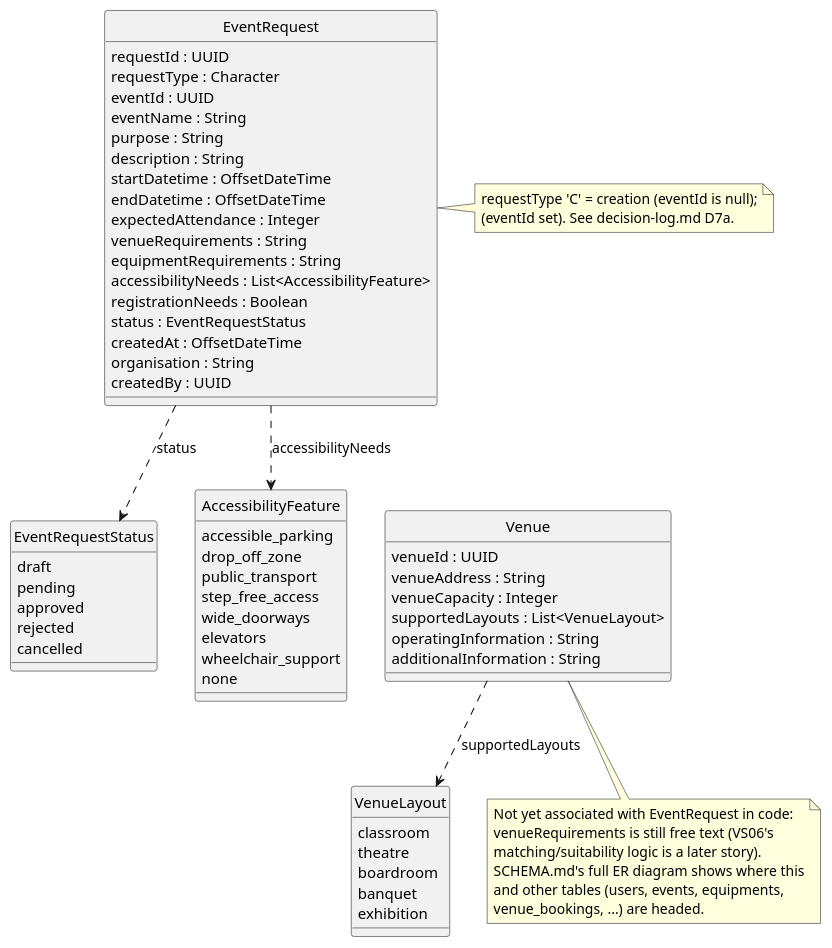
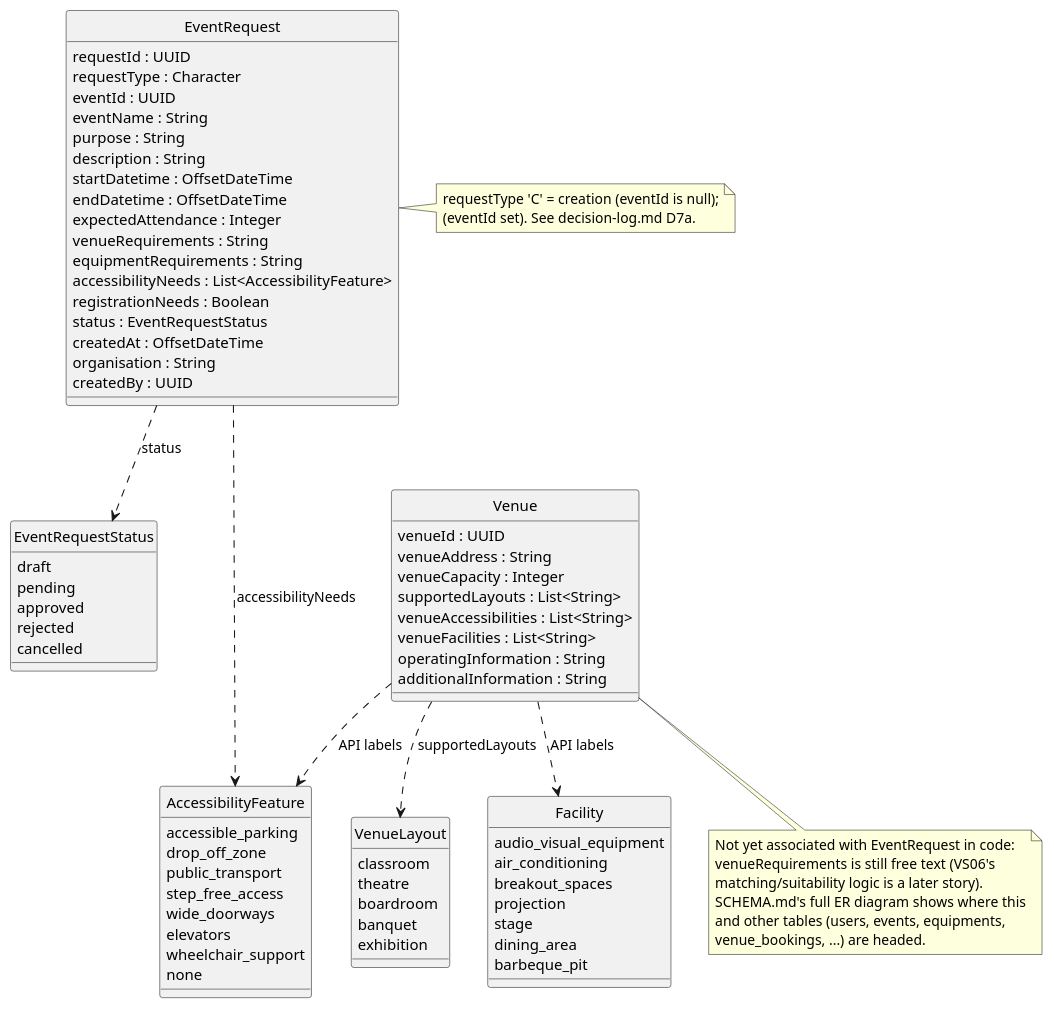
The diagram in docs/class-diagram.puml (spikeypear-bot/cSphere), drawn with PlantUML before and after one commit. The commit also changed 19 other files, not shown here.

Commit message:
feat: updated accessibility & facilities fields in venue creation

```diff
--- a/docs/class-diagram.puml
+++ b/docs/class-diagram.puml
@@ -1,103 +1,117 @@
 @startuml ConnectSphere-Code-Level-Class-Diagram
 ' C4 "Code" level view (IS212 Week 5): the Java classes actually implemented
 ' in backend/src/main/java/com/example/connect_sphere, not the full database
 ' schema — see SCHEMA.md for the complete ER diagram of every table,
 ' including the ones with no Java entity yet (users, events, equipments,
 ' venue_bookings, ...).
 '
 ' Kept as text (not an exported image) so it stays diffable and is meant to
 ' be updated in the same PR as the code whenever a class here changes shape,
 ' per this week's "keep diagrams as diffable text" guidance.
 '
 ' Deliberately flat, no inheritance: every EventRequest behaves the same
 ' regardless of requestType, and every Venue behaves the same regardless of
 ' its layouts — there is no subclass anywhere in this codebase that
 ' overrides a method for a different runtime type, so none is modelled here.
 ' The two request "kinds" (creation vs amendment) are one class with a
 ' discriminator field (requestType), not a subclass each, because they do
 ' not yet diverge in behaviour — only in which fields are required. If EO03
 ' (amendment) later gives them real behavioural differences, revisit this
 ' before reaching for inheritance (see decision-log.md).
 
 hide circle
 skinparam classAttributeIconSize 0
 
 enum EventRequestStatus {
   draft
   pending
   approved
   rejected
   cancelled
 }
 
 enum AccessibilityFeature {
   accessible_parking
   drop_off_zone
   public_transport
   step_free_access
   wide_doorways
   elevators
   wheelchair_support
   none
 }
 
 enum VenueLayout {
   classroom
   theatre
   boardroom
   banquet
   exhibition
 }
 
+enum Facility {
+  audio_visual_equipment
+  air_conditioning
+  breakout_spaces
+  projection
+  stage
+  dining_area
+  barbeque_pit
+}
+
 class EventRequest {
   requestId : UUID
   requestType : Character
   eventId : UUID
   eventName : String
   purpose : String
   description : String
   startDatetime : OffsetDateTime
   endDatetime : OffsetDateTime
   expectedAttendance : Integer
   venueRequirements : String
   equipmentRequirements : String
   accessibilityNeeds : List<AccessibilityFeature>
   registrationNeeds : Boolean
   status : EventRequestStatus
   createdAt : OffsetDateTime
   organisation : String
   createdBy : UUID
 }
 
 class Venue {
   venueId : UUID
   venueAddress : String
   venueCapacity : Integer
-  supportedLayouts : List<VenueLayout>
+  supportedLayouts : List<String>
+  venueAccessibilities : List<String>
+  venueFacilities : List<String>
   operatingInformation : String
   additionalInformation : String
 }
 
 ' Dependency arrows (not associations): these enums are attribute types,
 ' not related objects with their own multiplicity/cardinality.
 EventRequest ..> AccessibilityFeature : accessibilityNeeds
 EventRequest ..> EventRequestStatus : status
 Venue ..> VenueLayout : supportedLayouts
+Venue ..> AccessibilityFeature : API labels
+Venue ..> Facility : API labels
 EventRequest -[hidden]- Venue
 
 note right of EventRequest
   requestType 'C' = creation (eventId is null);
   'A' = amendment against an existing event
   (eventId set). See decision-log.md D7a.
 end note
 
 note bottom of Venue
   Not yet associated with EventRequest in code:
   venueRequirements is still free text (VS06's
   matching/suitability logic is a later story).
   SCHEMA.md's full ER diagram shows where this
   and other tables (users, events, equipments,
   venue_bookings, ...) are headed.
 end note
 
 @enduml
```
